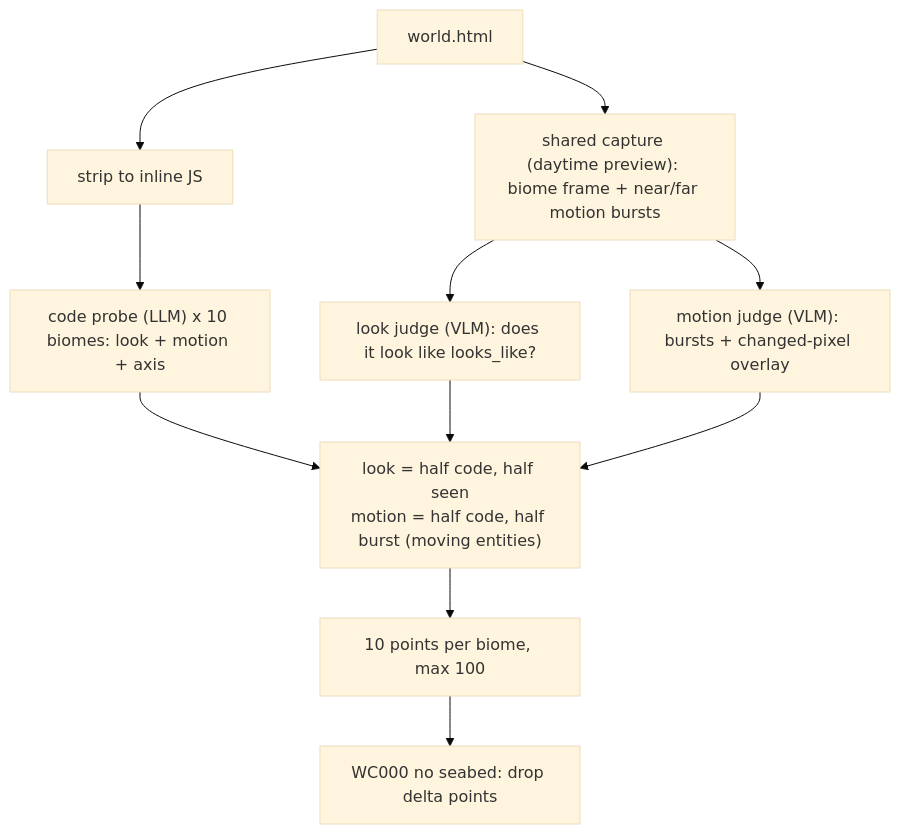
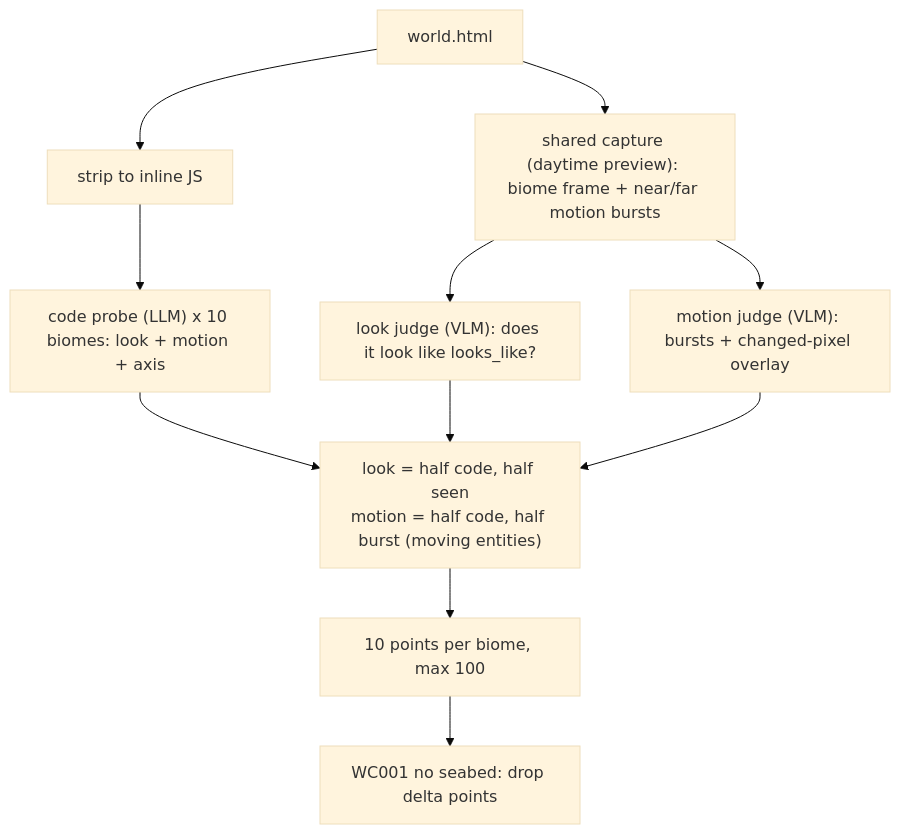
One commit to KrishBakshi/worldbench changed the diagram in tests/WC004_biome_rendering/README.md. Above: the diagram before and after it, drawn with Mermaid (base theme). The commit also changed other lines of this file and 17 other files, not shown here.

````diff
--- a/tests/WC004_biome_rendering/README.md
+++ b/tests/WC004_biome_rendering/README.md
@@ -11,14 +11,14 @@
 ```mermaid
 flowchart TD
     html["world.html"]
     html --> strip["strip to inline JS"]
     strip --> probe["code probe (LLM) x 10 biomes: look + motion + axis"]
     html --> cap["shared capture (daytime preview): biome frame + near/far motion bursts"]
     cap --> vis["look judge (VLM): does it look like looks_like?"]
     cap --> mot["motion judge (VLM): bursts + changed-pixel overlay"]
     probe --> grade["look = half code, half seen\nmotion = half code, half burst (moving entities)"]
     vis --> grade
     mot --> grade
     grade --> score["10 points per biome, max 100"]
-    score --> gate["WC000 no seabed: drop delta points"]
+    score --> gate["WC001 no seabed: drop delta points"]
 ```
````
